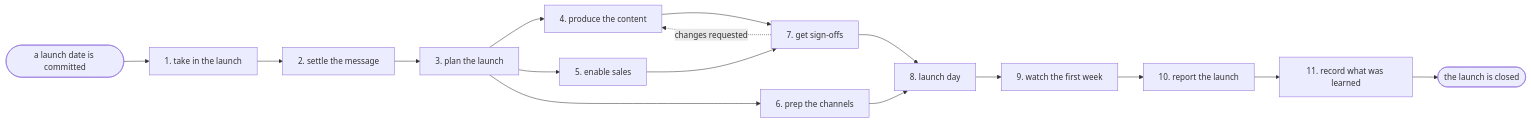
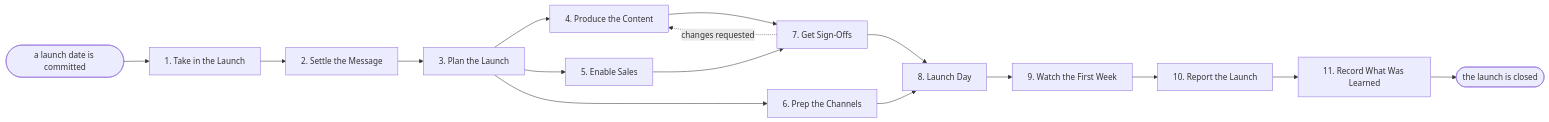
The diagram in processes/marketing/product-launch.md (jeffrschneider/agentcatalog), drawn with Mermaid before and after one commit. The commit also changed other lines of this file and 146 other files, not shown here.

````diff
--- a/processes/marketing/product-launch.md
+++ b/processes/marketing/product-launch.md
@@ -30,18 +30,18 @@
 ```mermaid
 flowchart LR
-  T([a launch date is committed]) --> A1[1. take in the launch]
-  A1 --> A2[2. settle the message]
-  A2 --> A3[3. plan the launch]
-  A3 --> A4[4. produce the content]
-  A3 --> A5[5. enable sales]
-  A3 --> A6[6. prep the channels]
-  A4 --> A7[7. get sign-offs]
+  T([a launch date is committed]) --> A1[1. Take in the Launch]
+  A1 --> A2[2. Settle the Message]
+  A2 --> A3[3. Plan the Launch]
+  A3 --> A4[4. Produce the Content]
+  A3 --> A5[5. Enable Sales]
+  A3 --> A6[6. Prep the Channels]
+  A4 --> A7[7. Get Sign-Offs]
   A5 --> A7
   A7 -. changes requested .-> A4
-  A7 --> A8[8. launch day]
+  A7 --> A8[8. Launch Day]
   A6 --> A8
-  A8 --> A9[9. watch the first week]
-  A9 --> A10[10. report the launch]
-  A10 --> A11[11. record what was learned]
+  A8 --> A9[9. Watch the First Week]
+  A9 --> A10[10. Report the Launch]
+  A10 --> A11[11. Record What Was Learned]
   A11 --> DONE([the launch is closed])
 ```
````
